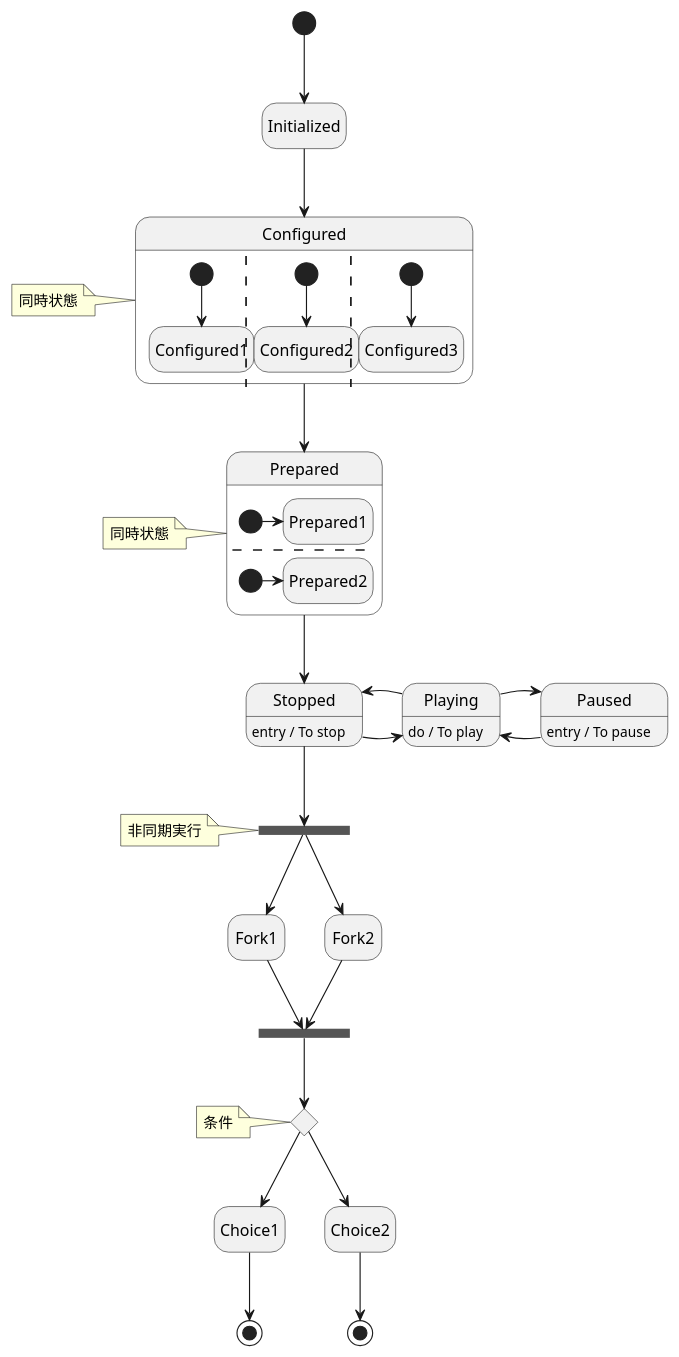
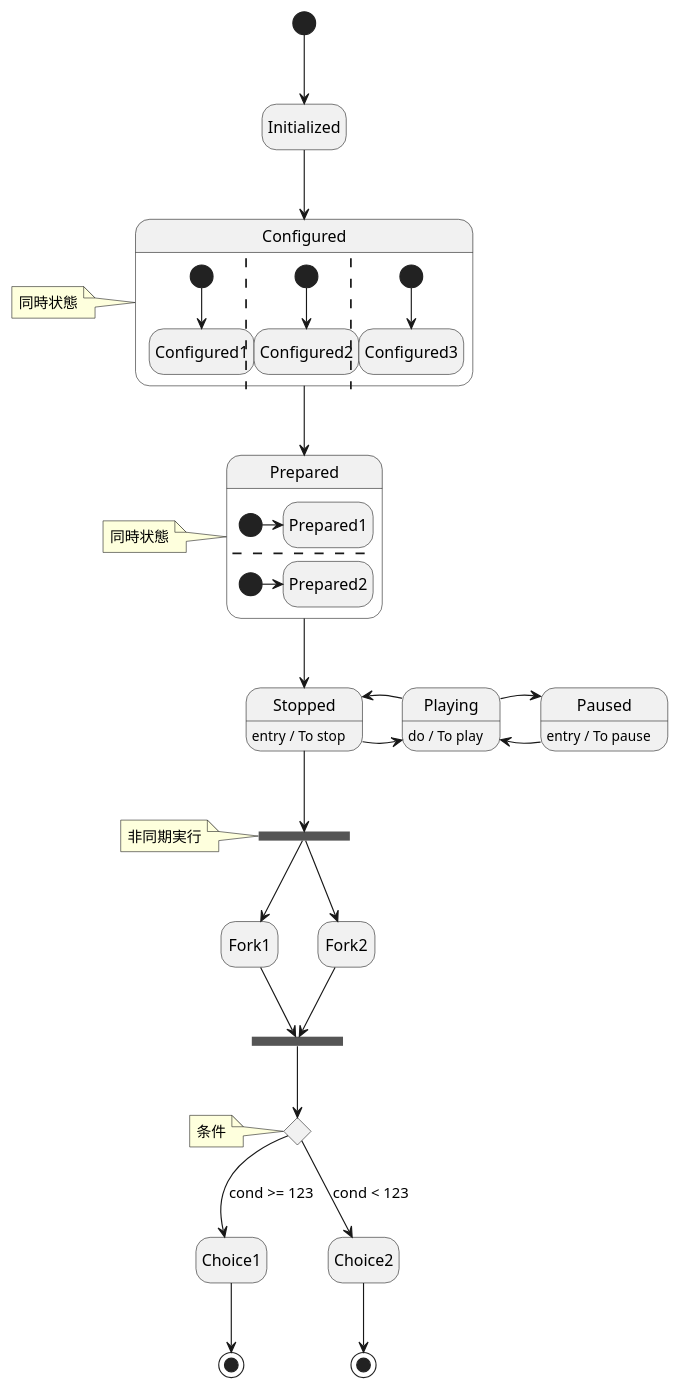
One commit to yzkn/PlantUML-CheatSheet changed the first of 2 diagrams in src/22-000-状態図.md. Above: the diagram before and after it, drawn with PlantUML. The commit also changed other lines of this file, not shown here.

````diff
--- a/src/22-000-状態図.md
+++ b/src/22-000-状態図.md
@@ -3,67 +3,67 @@
 ```plantuml
 
 @startuml
 
 hide empty description
 
 
 state c <<choice>>
 state end_state <<end>>
 state fork_state <<fork>>
 state join_state <<join>>
 state Playing : do / To play
 state Paused : entry / To pause
 state Stopped : entry / To stop
 
 state Configured {
     [*] -down-> Configured1
     ||
     [*] -down-> Configured2
     ||
     [*] -down-> Configured3
 }
 
 state Prepared {
     [*] -right-> Prepared1
     --
     [*] -right-> Prepared2
 }
 
 
 ' 条件
 join_state --> c
-c --> Choice1
-c --> Choice2
+c --> Choice1 : cond >= 123
+c --> Choice2 : cond < 123
 Choice1 --> [*]
 Choice2 --> end_state
 
 
 ' 非同期実行
 Stopped --> fork_state
 fork_state --> Fork1
 fork_state --> Fork2
 Fork1 --> join_state
 Fork2 --> join_state
 
 
 ' Note
 note left of Configured : 同時状態
 note left of Prepared : 同時状態
 note left of fork_state : 非同期実行
 note left of c : 条件
 
 
 ' 遷移
 [*] --> Initialized
 Initialized --> Configured
 Configured --> Prepared
 Prepared --> Stopped
 
 Stopped -right-> Playing
 Playing -left-> Stopped
 Paused -left-> Playing
 Playing -right-> Paused
 
 @enduml
 
 ```
````
